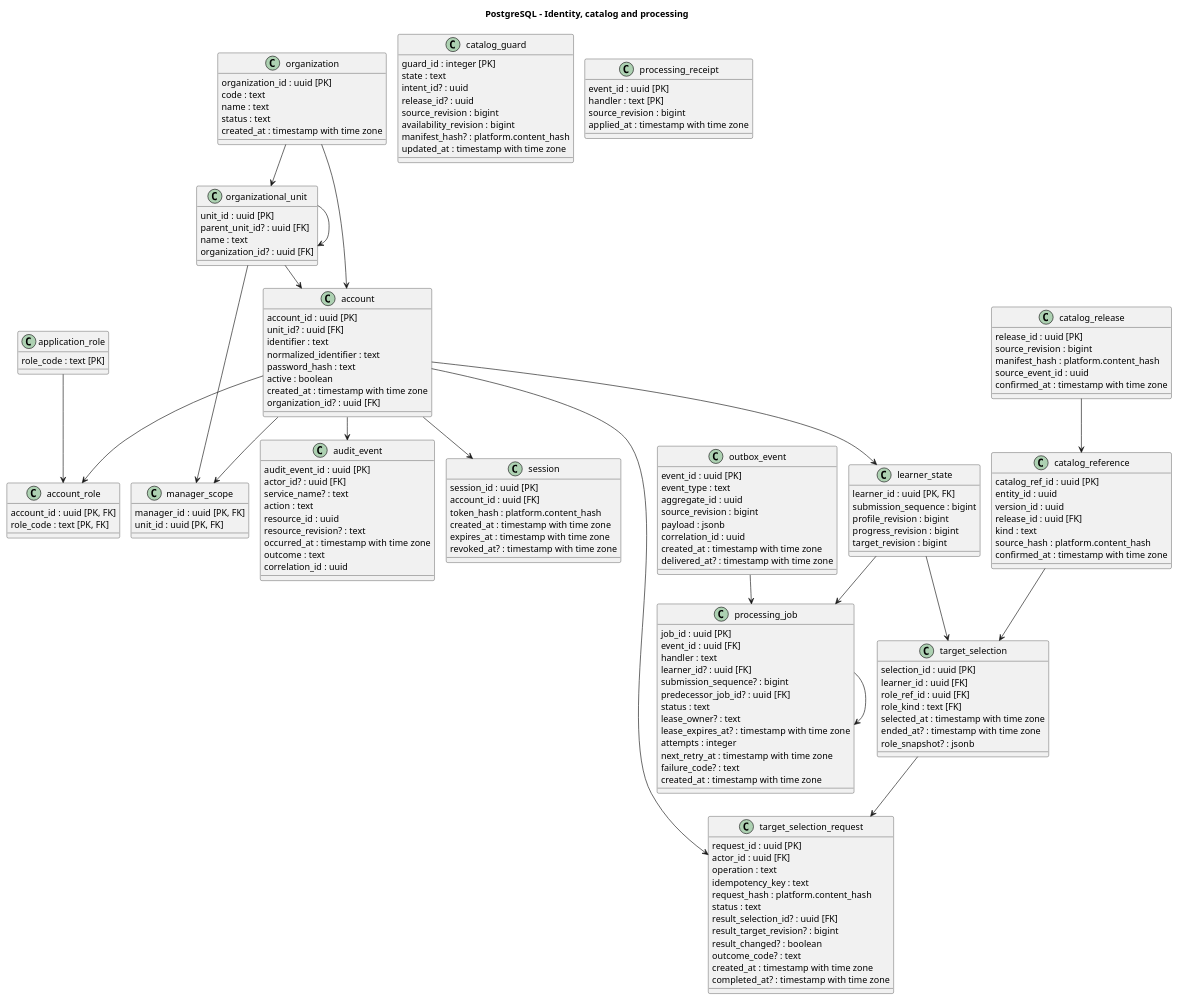
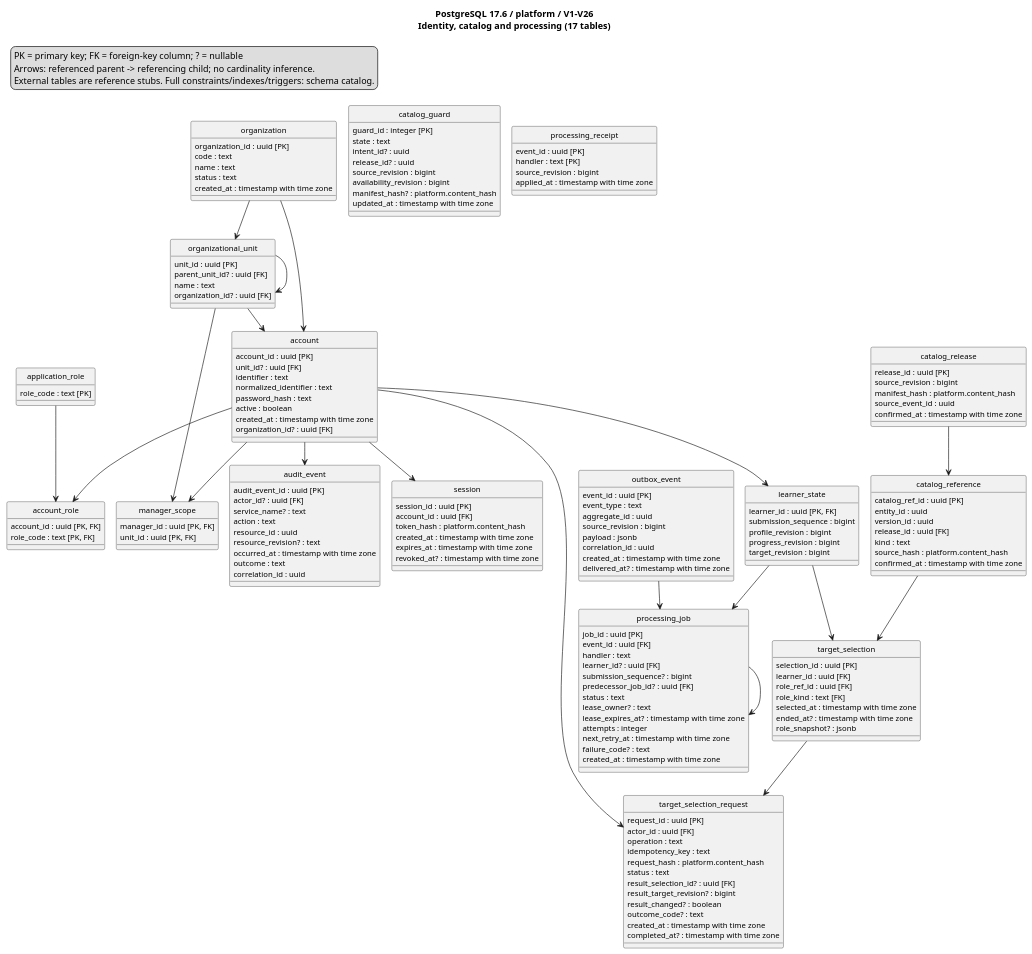
The diagram in documents/diagrams/postgresql.puml (SEP490-Fall-2026-GFA26SE64/SEP490), drawn with PlantUML before and after one commit. The commit also changed 454 other files, not shown here.

```diff
--- a/documents/diagrams/postgresql.puml
+++ b/documents/diagrams/postgresql.puml
@@ -1,165 +1,174 @@
 @startuml
 !pragma layout smetana
 top to bottom direction
 skinparam shadowing false
-title PostgreSQL - Identity, catalog and processing
+hide circle
+skinparam classAttributeIconSize 0
+skinparam defaultFontName SansSerif
+skinparam defaultFontSize 12
+title PostgreSQL 17.6 / platform / V1-V26\nIdentity, catalog and processing (17 tables)
+legend top left
+PK = primary key; FK = foreign-key column; ? = nullable
+Arrows: referenced parent -> referencing child; no cardinality inference.
+External tables are reference stubs. Full constraints/indexes/triggers: schema catalog.
+endlegend
 class organization {
-    organization_id : uuid [PK]
-    code : text
-    name : text
-    status : text
-    created_at : timestamp with time zone
+  organization_id : uuid [PK]
+  code : text
+  name : text
+  status : text
+  created_at : timestamp with time zone
 }
 class organizational_unit {
-    unit_id : uuid [PK]
-    parent_unit_id? : uuid [FK]
-    name : text
-    organization_id? : uuid [FK]
+  unit_id : uuid [PK]
+  parent_unit_id? : uuid [FK]
+  name : text
+  organization_id? : uuid [FK]
 }
 class account {
-    account_id : uuid [PK]
-    unit_id? : uuid [FK]
-    identifier : text
-    normalized_identifier : text
-    password_hash : text
-    active : boolean
-    created_at : timestamp with time zone
-    organization_id? : uuid [FK]
+  account_id : uuid [PK]
+  unit_id? : uuid [FK]
+  identifier : text
+  normalized_identifier : text
+  password_hash : text
+  active : boolean
+  created_at : timestamp with time zone
+  organization_id? : uuid [FK]
 }
 class application_role {
-    role_code : text [PK]
+  role_code : text [PK]
 }
 class account_role {
-    account_id : uuid [PK, FK]
-    role_code : text [PK, FK]
+  account_id : uuid [PK, FK]
+  role_code : text [PK, FK]
 }
 class manager_scope {
-    manager_id : uuid [PK, FK]
-    unit_id : uuid [PK, FK]
+  manager_id : uuid [PK, FK]
+  unit_id : uuid [PK, FK]
 }
 class session {
-    session_id : uuid [PK]
-    account_id : uuid [FK]
-    token_hash : platform.content_hash
-    created_at : timestamp with time zone
-    expires_at : timestamp with time zone
-    revoked_at? : timestamp with time zone
+  session_id : uuid [PK]
+  account_id : uuid [FK]
+  token_hash : platform.content_hash
+  created_at : timestamp with time zone
+  expires_at : timestamp with time zone
+  revoked_at? : timestamp with time zone
 }
 class learner_state {
-    learner_id : uuid [PK, FK]
-    submission_sequence : bigint
-    profile_revision : bigint
-    progress_revision : bigint
-    target_revision : bigint
+  learner_id : uuid [PK, FK]
+  submission_sequence : bigint
+  profile_revision : bigint
+  progress_revision : bigint
+  target_revision : bigint
 }
 class catalog_guard {
-    guard_id : integer [PK]
-    state : text
-    intent_id? : uuid
-    release_id? : uuid
-    source_revision : bigint
-    availability_revision : bigint
-    manifest_hash? : platform.content_hash
-    updated_at : timestamp with time zone
+  guard_id : integer [PK]
+  state : text
+  intent_id? : uuid
+  release_id? : uuid
+  source_revision : bigint
+  availability_revision : bigint
+  manifest_hash? : platform.content_hash
+  updated_at : timestamp with time zone
 }
 class catalog_release {
-    release_id : uuid [PK]
-    source_revision : bigint
-    manifest_hash : platform.content_hash
-    source_event_id : uuid
-    confirmed_at : timestamp with time zone
+  release_id : uuid [PK]
+  source_revision : bigint
+  manifest_hash : platform.content_hash
+  source_event_id : uuid
+  confirmed_at : timestamp with time zone
 }
 class catalog_reference {
-    catalog_ref_id : uuid [PK]
-    entity_id : uuid
-    version_id : uuid
-    release_id : uuid [FK]
-    kind : text
-    source_hash : platform.content_hash
-    confirmed_at : timestamp with time zone
+  catalog_ref_id : uuid [PK]
+  entity_id : uuid
+  version_id : uuid
+  release_id : uuid [FK]
+  kind : text
+  source_hash : platform.content_hash
+  confirmed_at : timestamp with time zone
 }
 class target_selection {
-    selection_id : uuid [PK]
-    learner_id : uuid [FK]
-    role_ref_id : uuid [FK]
-    role_kind : text [FK]
-    selected_at : timestamp with time zone
-    ended_at? : timestamp with time zone
-    role_snapshot? : jsonb
+  selection_id : uuid [PK]
+  learner_id : uuid [FK]
+  role_ref_id : uuid [FK]
+  role_kind : text [FK]
+  selected_at : timestamp with time zone
+  ended_at? : timestamp with time zone
+  role_snapshot? : jsonb
 }
 class target_selection_request {
-    request_id : uuid [PK]
-    actor_id : uuid [FK]
-    operation : text
-    idempotency_key : text
-    request_hash : platform.content_hash
-    status : text
-    result_selection_id? : uuid [FK]
-    result_target_revision? : bigint
-    result_changed? : boolean
-    outcome_code? : text
-    created_at : timestamp with time zone
-    completed_at? : timestamp with time zone
+  request_id : uuid [PK]
+  actor_id : uuid [FK]
+  operation : text
+  idempotency_key : text
+  request_hash : platform.content_hash
+  status : text
+  result_selection_id? : uuid [FK]
+  result_target_revision? : bigint
+  result_changed? : boolean
+  outcome_code? : text
+  created_at : timestamp with time zone
+  completed_at? : timestamp with time zone
 }
 class outbox_event {
-    event_id : uuid [PK]
-    event_type : text
-    aggregate_id : uuid
-    source_revision : bigint
-    payload : jsonb
-    correlation_id : uuid
-    created_at : timestamp with time zone
-    delivered_at? : timestamp with time zone
+  event_id : uuid [PK]
+  event_type : text
+  aggregate_id : uuid
+  source_revision : bigint
+  payload : jsonb
+  correlation_id : uuid
+  created_at : timestamp with time zone
+  delivered_at? : timestamp with time zone
 }
 class processing_job {
-    job_id : uuid [PK]
-    event_id : uuid [FK]
-    handler : text
-    learner_id? : uuid [FK]
-    submission_sequence? : bigint
-    predecessor_job_id? : uuid [FK]
-    status : text
-    lease_owner? : text
-    lease_expires_at? : timestamp with time zone
-    attempts : integer
-    next_retry_at : timestamp with time zone
-    failure_code? : text
-    created_at : timestamp with time zone
+  job_id : uuid [PK]
+  event_id : uuid [FK]
+  handler : text
+  learner_id? : uuid [FK]
+  submission_sequence? : bigint
+  predecessor_job_id? : uuid [FK]
+  status : text
+  lease_owner? : text
+  lease_expires_at? : timestamp with time zone
+  attempts : integer
+  next_retry_at : timestamp with time zone
+  failure_code? : text
+  created_at : timestamp with time zone
 }
 class processing_receipt {
-    event_id : uuid [PK]
-    handler : text [PK]
-    source_revision : bigint
-    applied_at : timestamp with time zone
+  event_id : uuid [PK]
+  handler : text [PK]
+  source_revision : bigint
+  applied_at : timestamp with time zone
 }
 class audit_event {
-    audit_event_id : uuid [PK]
-    actor_id? : uuid [FK]
-    service_name? : text
-    action : text
-    resource_id : uuid
-    resource_revision? : text
-    occurred_at : timestamp with time zone
-    outcome : text
-    correlation_id : uuid
+  audit_event_id : uuid [PK]
+  actor_id? : uuid [FK]
+  service_name? : text
+  action : text
+  resource_id : uuid
+  resource_revision? : text
+  occurred_at : timestamp with time zone
+  outcome : text
+  correlation_id : uuid
 }
 account --> account_role
 account --> audit_event
 account --> learner_state
 account --> manager_scope
 account --> session
 account --> target_selection_request
 application_role --> account_role
 catalog_reference --> target_selection
 catalog_release --> catalog_reference
 learner_state --> processing_job
 learner_state --> target_selection
 organization --> account
 organization --> organizational_unit
 organizational_unit --> account
 organizational_unit --> manager_scope
 organizational_unit --> organizational_unit
 outbox_event --> processing_job
 processing_job --> processing_job
 target_selection --> target_selection_request
 @enduml
```
